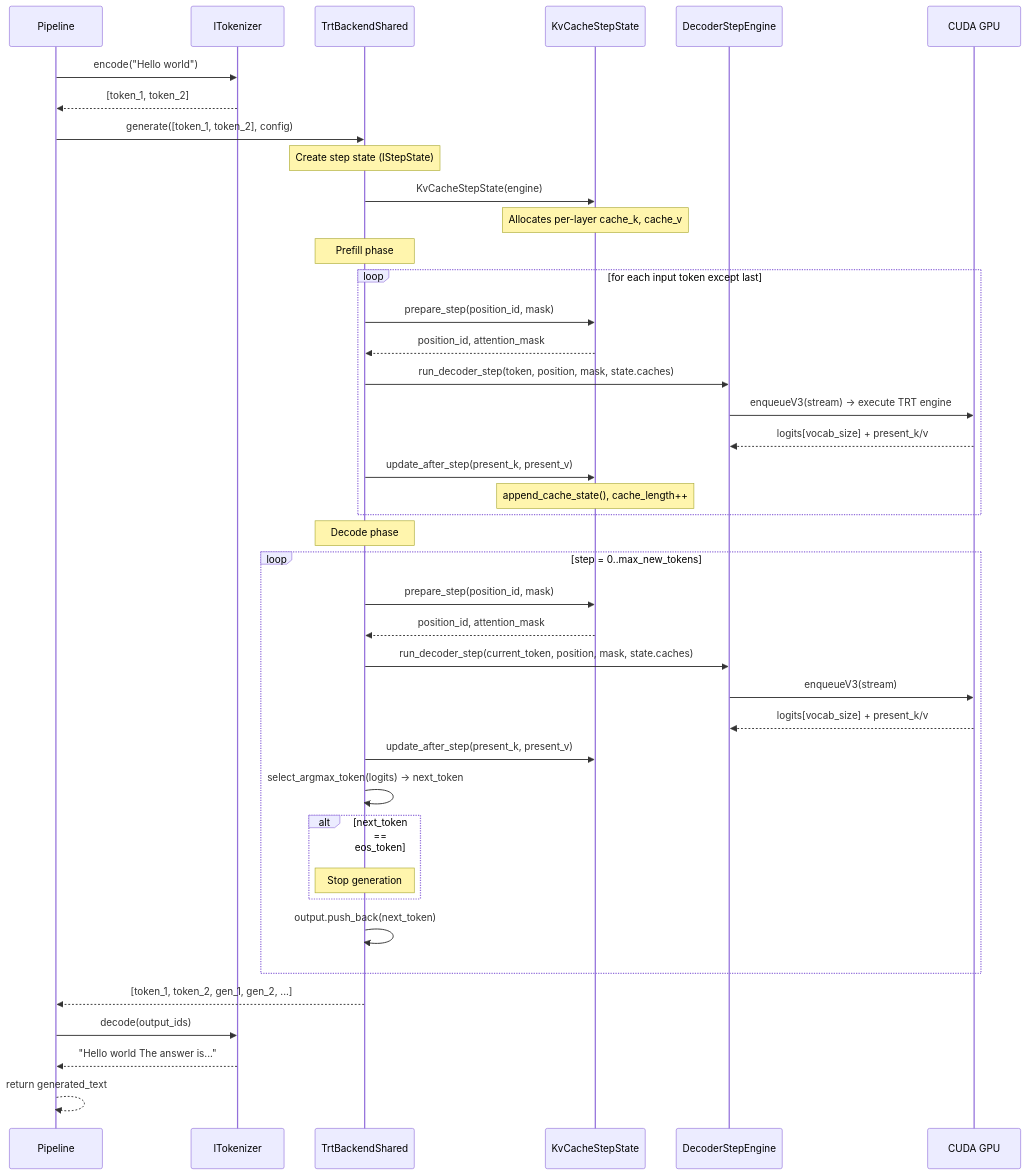
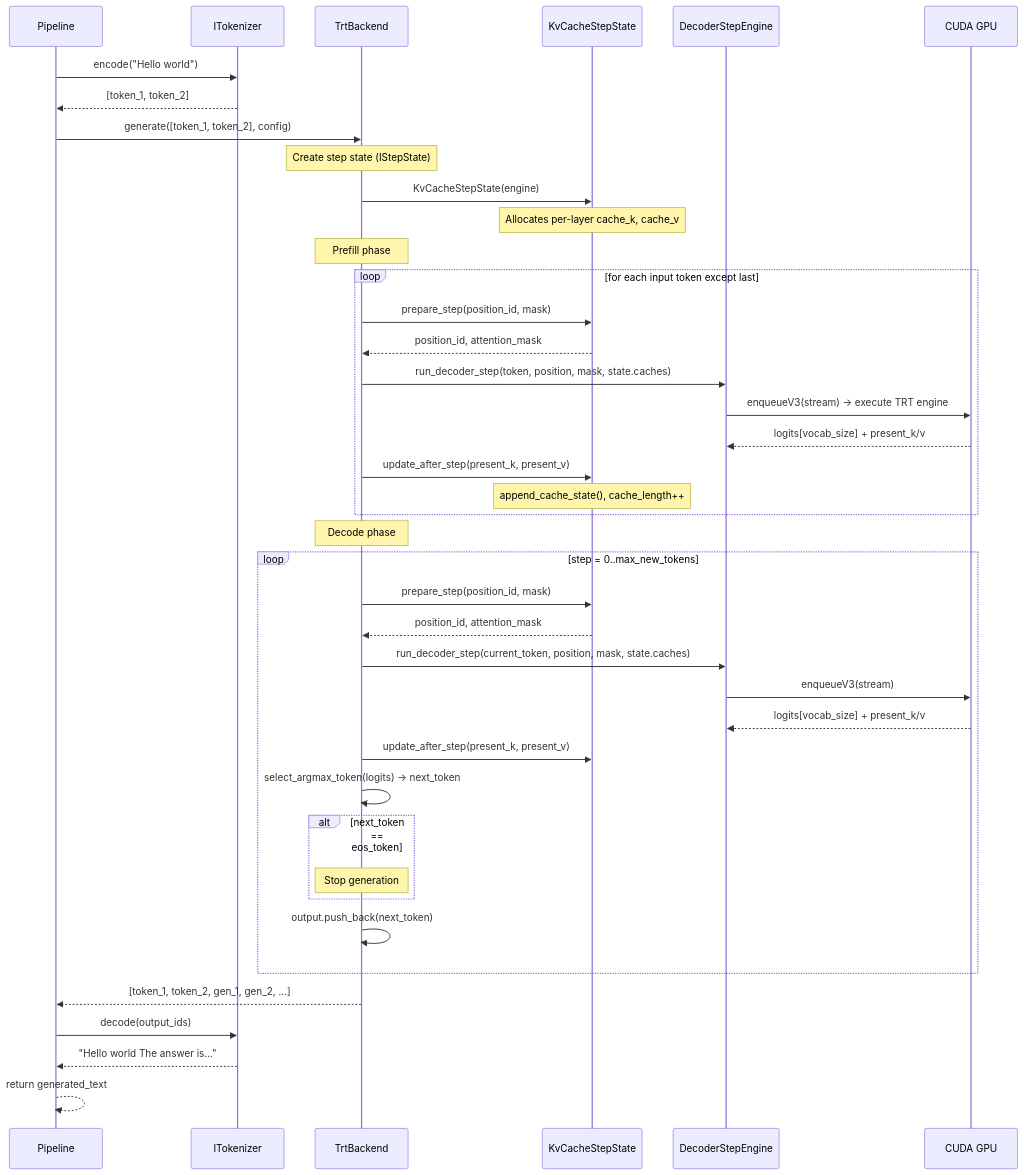
The sixth of 8 diagrams in docs/wiki/Dynamic-Design.md (AbishekCoder1/TensorRT-Model-Connect), drawn with Mermaid before and after one commit. The commit also changed other lines of this file and 32 other files, not shown here.

First line of the commit message:
refactor: Zero-edit parallel agent architecture + DI-clean IModelRuntime

````diff
--- a/docs/wiki/Dynamic-Design.md
+++ b/docs/wiki/Dynamic-Design.md
@@ -348,48 +348,48 @@
 ```mermaid
 sequenceDiagram
     participant P as Pipeline
     participant T as ITokenizer
-    participant B as TrtBackendShared
+    participant B as TrtBackend
     participant S as KvCacheStepState
     participant E as DecoderStepEngine
     participant GPU as CUDA GPU
 
     P->>T: encode("Hello world")
     T-->>P: [token_1, token_2]
     P->>B: generate([token_1, token_2], config)
 
     Note over B: Create step state (IStepState)
     B->>S: KvCacheStepState(engine)
     Note over S: Allocates per-layer cache_k, cache_v
 
     Note over B: Prefill phase
     loop for each input token except last
         B->>S: prepare_step(position_id, mask)
         S-->>B: position_id, attention_mask
         B->>E: run_decoder_step(token, position, mask, state.caches)
         E->>GPU: enqueueV3(stream) → execute TRT engine
         GPU-->>E: logits[vocab_size] + present_k/v
         B->>S: update_after_step(present_k, present_v)
         Note over S: append_cache_state(), cache_length++
     end
 
     Note over B: Decode phase
     loop step = 0..max_new_tokens
         B->>S: prepare_step(position_id, mask)
         S-->>B: position_id, attention_mask
         B->>E: run_decoder_step(current_token, position, mask, state.caches)
         E->>GPU: enqueueV3(stream)
         GPU-->>E: logits[vocab_size] + present_k/v
         B->>S: update_after_step(present_k, present_v)
         B->>B: select_argmax_token(logits) → next_token
         alt next_token == eos_token
             Note over B: Stop generation
         end
         B->>B: output.push_back(next_token)
     end
 
     B-->>P: [token_1, token_2, gen_1, gen_2, ...]
     P->>T: decode(output_ids)
     T-->>P: "Hello world The answer is..."
     P-->>P: return generated_text
 ```
````
